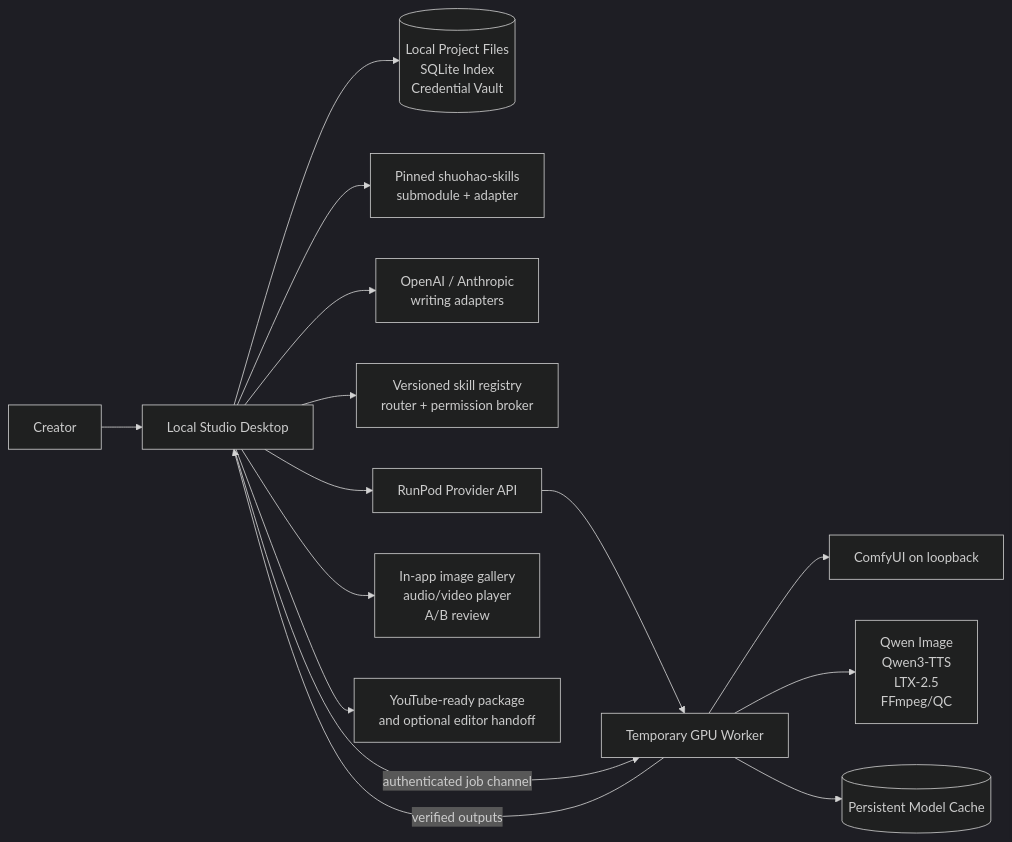
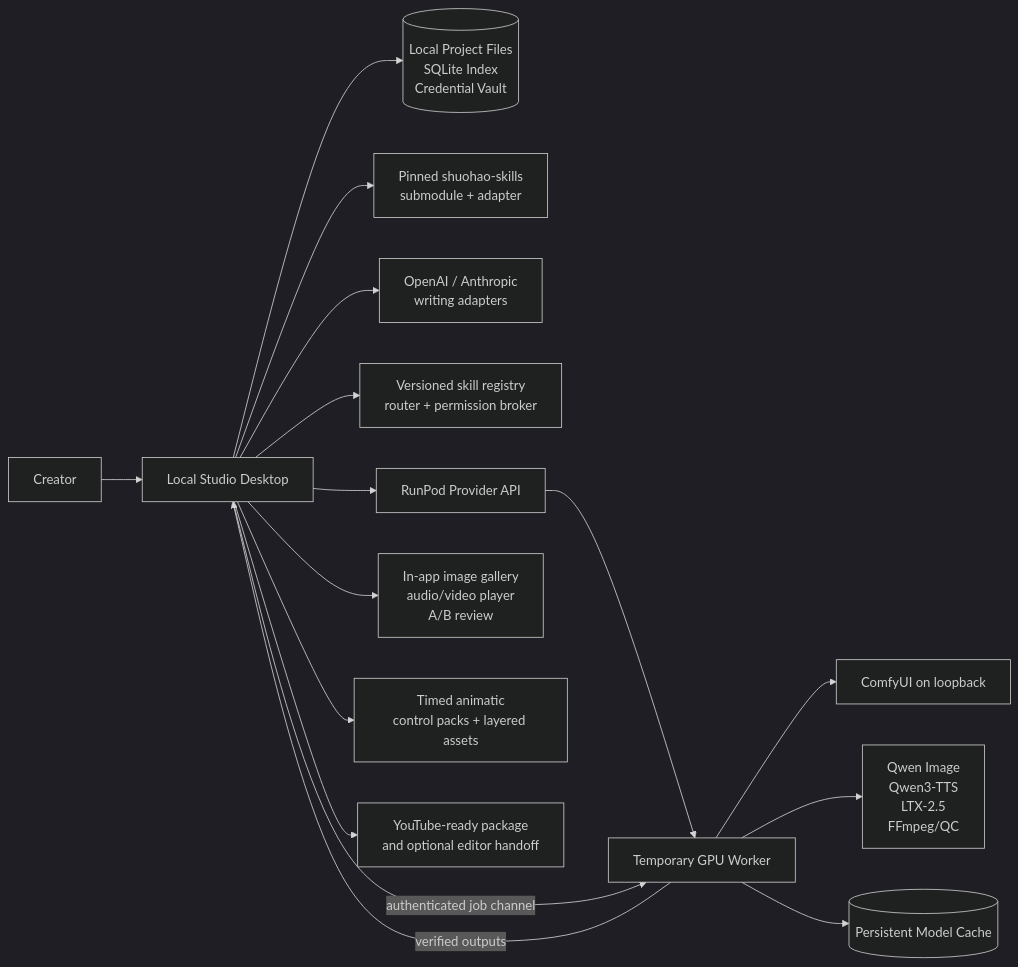
One commit to sagesta/animated-series-worker changed the first of 3 diagrams in docs/ARCHITECTURE.md. Above: the diagram before and after it, drawn with Mermaid (dark theme). The commit also changed other lines of this file and 20 other files, not shown here.

````diff
--- a/docs/ARCHITECTURE.md
+++ b/docs/ARCHITECTURE.md
@@ -19,17 +21,18 @@
 ```mermaid
 flowchart LR
     Creator[Creator] --> Desktop[Local Studio Desktop]
     Desktop --> LocalStore[(Local Project Files\nSQLite Index\nCredential Vault)]
     Desktop --> Upstream[Pinned shuohao-skills\nsubmodule + adapter]
     Desktop --> Writing[OpenAI / Anthropic\nwriting adapters]
     Desktop --> Skills[Versioned skill registry\nrouter + permission broker]
     Desktop --> Provider[RunPod Provider API]
     Provider --> Worker[Temporary GPU Worker]
     Desktop -->|authenticated job channel| Worker
     Worker --> Comfy[ComfyUI on loopback]
     Worker --> Engines[Qwen Image\nQwen3-TTS\nLTX-2.5\nFFmpeg/QC]
     Worker --> Cache[(Persistent Model Cache)]
     Worker -->|verified outputs| Desktop
     Desktop --> Review[In-app image gallery\naudio/video player\nA/B review]
+    Desktop --> Previz[Timed animatic\ncontrol packs + layered assets]
     Desktop --> Export[YouTube-ready package\nand optional editor handoff]
 ```
````
